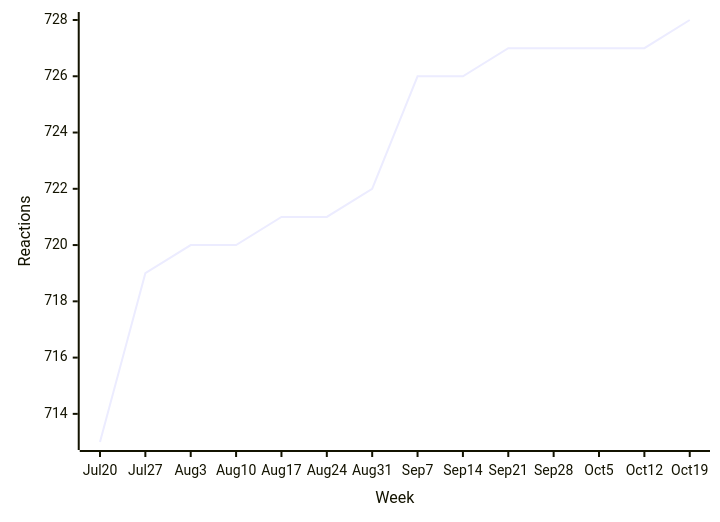
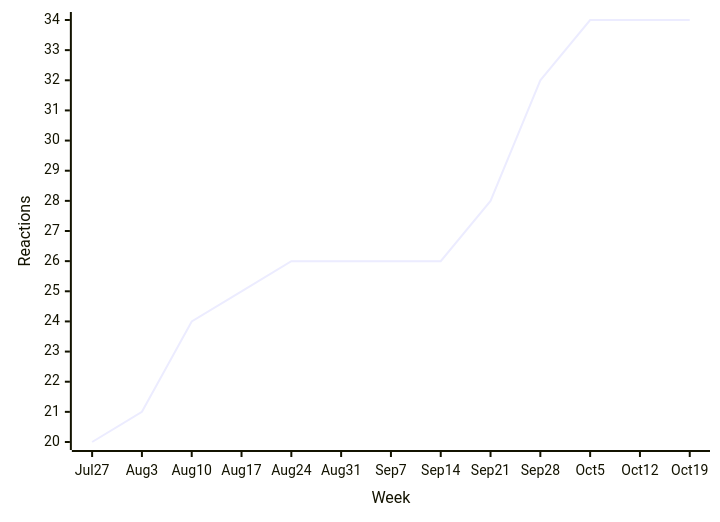
One commit to loic-sharma/github-insights changed the eighth of 39 diagrams in README.md. Above: the diagram before and after it, drawn with Mermaid. The commit also changed other lines of this file and 3 other files, not shown here.

````diff
--- a/README.md
+++ b/README.md
@@ -460,6 +443,6 @@
   ```mermaid
   xychart-beta
-    x-axis "Week" [Jul 20, Jul 27, Aug 3, Aug 10, Aug 17, Aug 24, Aug 31, Sep 7, Sep 14, Sep 21, Sep 28, Oct 5, Oct 12, Oct 19]
+    x-axis "Week" [Jul 27, Aug 3, Aug 10, Aug 17, Aug 24, Aug 31, Sep 7, Sep 14, Sep 21, Sep 28, Oct 5, Oct 12, Oct 19]
     y-axis "Reactions"
-    line [713, 719, 720, 720, 721, 721, 722, 726, 726, 727, 727, 727, 727, 728]
+    line [20, 21, 24, 25, 26, 26, 26, 26, 28, 32, 34, 34, 34]
   ```
````
